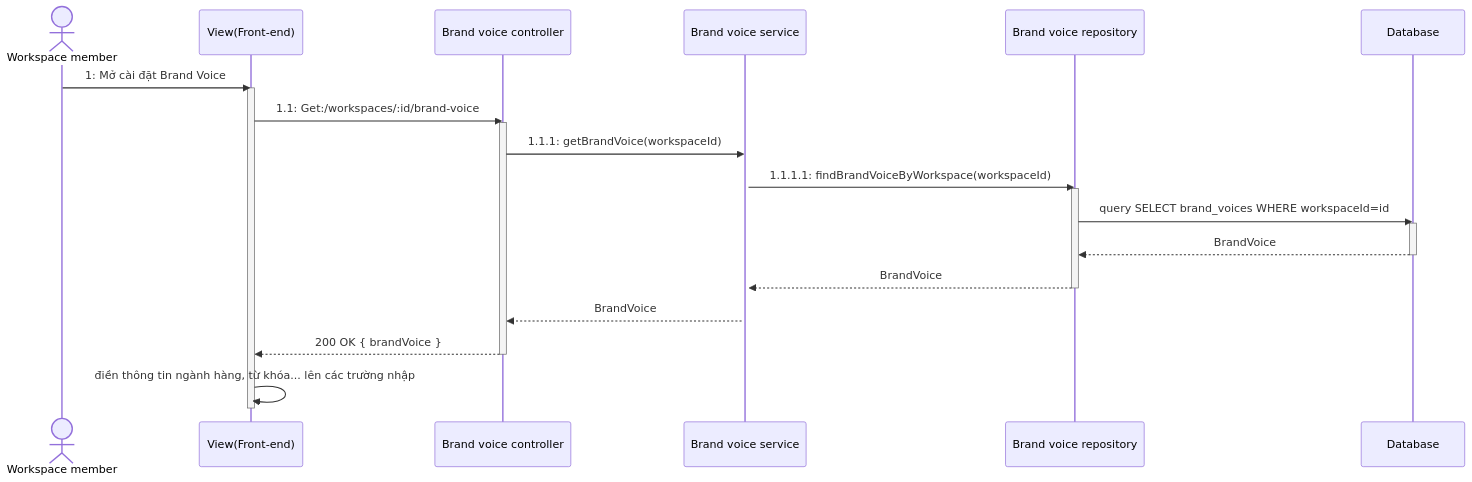
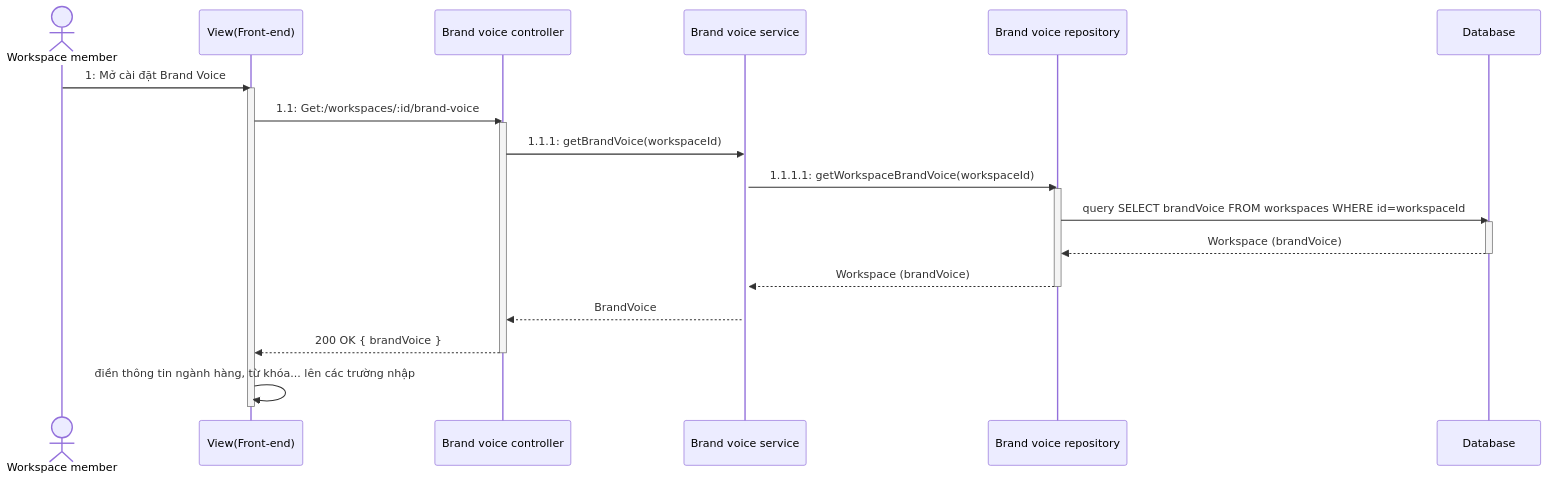
Before and after one commit to Pham-Hong-Ky/marka-capstone: diagram 34 of 44 in docs/function_layer_mapping.md, drawn with Mermaid. The commit also changed other lines of this file and 47 other files, not shown here.

First line of the commit message:
docs: refresh architecture, API and database specs with UML diagrams

````diff
--- a/docs/function_layer_mapping.md
+++ b/docs/function_layer_mapping.md
@@ -2156,31 +2075,31 @@
 ```mermaid
 sequenceDiagram
     actor User as Workspace member
     participant View as View(Front-end)
     participant Controller as Brand voice controller
     participant Service as Brand voice service
     participant Repository as Brand voice repository
     participant DB as Database
 
     User->>View: 1: Mở cài đặt Brand Voice
     activate View
     View->>Controller: 1.1: Get:/workspaces/:id/brand-voice
     activate Controller
     Controller->>Service: 1.1.1: getBrandVoice(workspaceId)
     activate Service
 
-    Service->>Repository: 1.1.1.1: findBrandVoiceByWorkspace(workspaceId)
+    Service->>Repository: 1.1.1.1: getWorkspaceBrandVoice(workspaceId)
     activate Repository
-    Repository->>DB: query SELECT brand_voices WHERE workspaceId=id
+    Repository->>DB: query SELECT brandVoice FROM workspaces WHERE id=workspaceId
     activate DB
-    DB-->>Repository: BrandVoice
+    DB-->>Repository: Workspace (brandVoice)
     deactivate DB
-    Repository-->>Service: BrandVoice
+    Repository-->>Service: Workspace (brandVoice)
     deactivate Repository
 
     Service-->>Controller: BrandVoice
     Controller-->>View: 200 OK { brandVoice }
     deactivate Controller
     View->>View: điền thông tin ngành hàng, từ khóa... lên các trường nhập
     deactivate View
 ```
````
